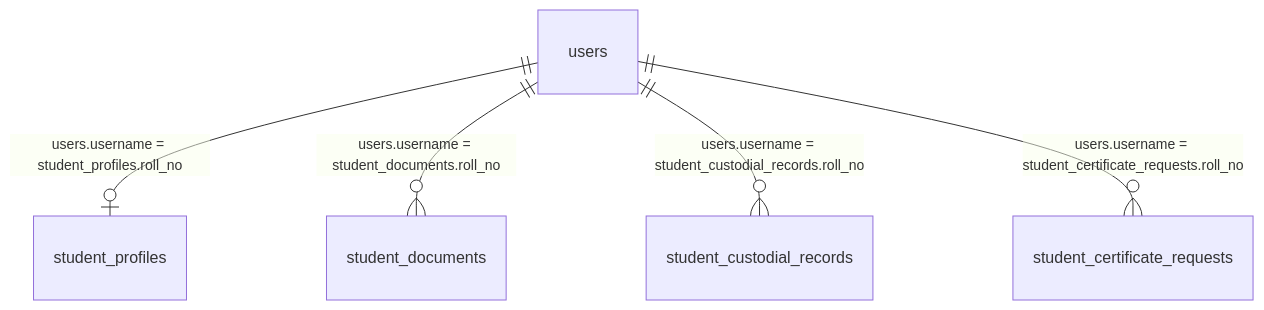
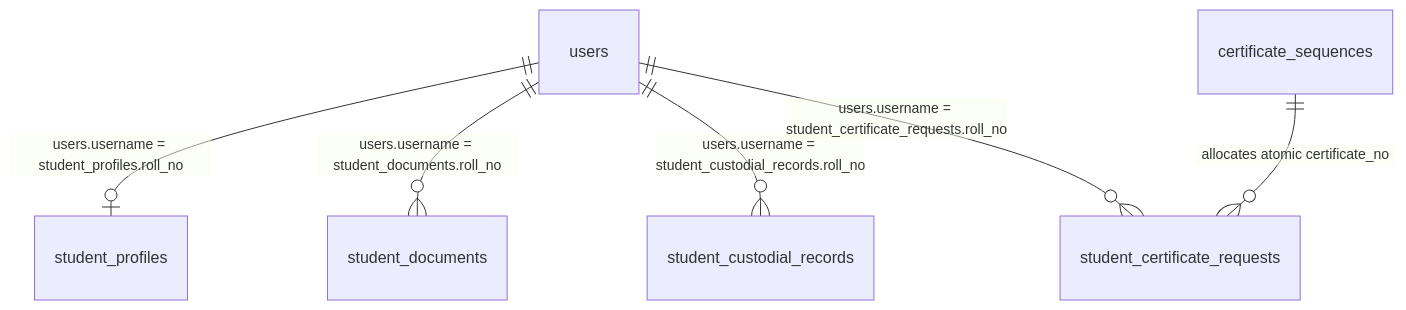
Before and after one commit to katamanilprojects/sarb: the tenth of 12 diagrams in docs/database/relationships.md, drawn with Mermaid. The commit also changed other lines of this file and 125 other files, not shown here.

````diff
--- a/docs/database/relationships.md
+++ b/docs/database/relationships.md
@@ -384,7 +410,8 @@
 ```mermaid
 erDiagram
     users ||--o| student_profiles : "users.username = student_profiles.roll_no"
     users ||--o{ student_documents : "users.username = student_documents.roll_no"
     users ||--o{ student_custodial_records : "users.username = student_custodial_records.roll_no"
     users ||--o{ student_certificate_requests : "users.username = student_certificate_requests.roll_no"
+    certificate_sequences ||--o{ student_certificate_requests : "allocates atomic certificate_no"
 ```
````
